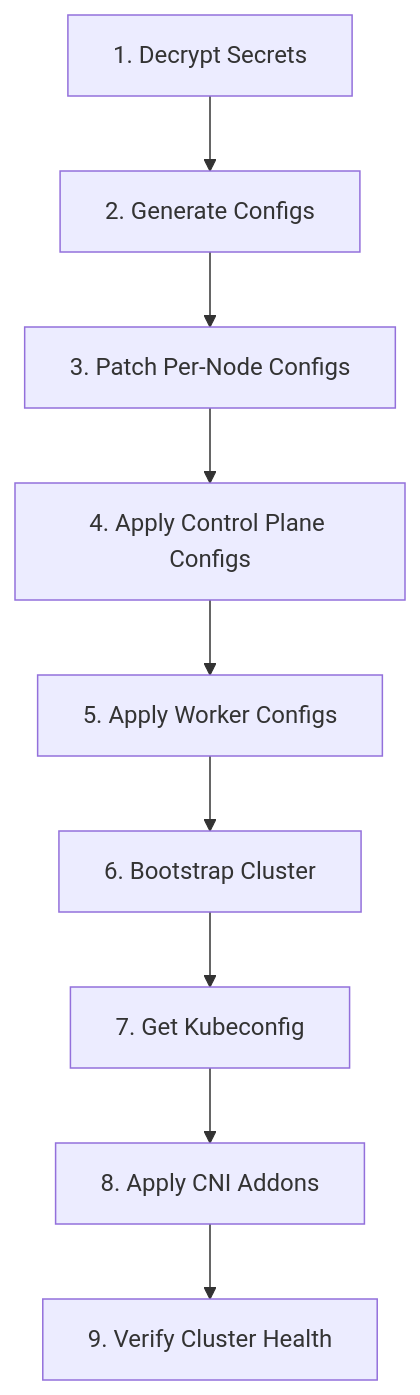
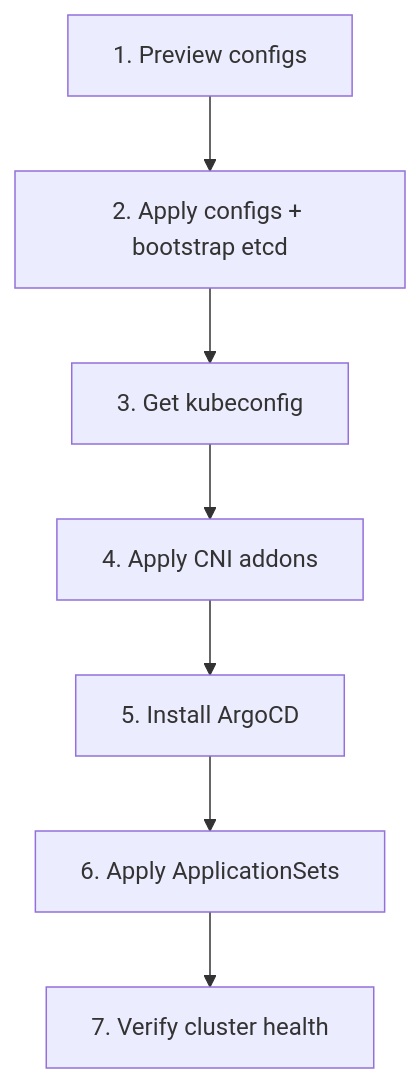
One commit to swibrow/home-ops changed the diagram in docs/infrastructure/cluster-bootstrap.md. Above: the diagram before and after it, drawn with Mermaid. The commit also changed other lines of this file and 105 other files, not shown here.

````diff
--- a/docs/infrastructure/cluster-bootstrap.md
+++ b/docs/infrastructure/cluster-bootstrap.md
@@ -29,11 +26,9 @@
 ```mermaid
 flowchart TD
-    A[1. Decrypt Secrets] --> B[2. Generate Configs]
-    B --> C[3. Patch Per-Node Configs]
-    C --> D[4. Apply Control Plane Configs]
-    D --> E[5. Apply Worker Configs]
-    E --> F[6. Bootstrap Cluster]
-    F --> G[7. Get Kubeconfig]
-    G --> H[8. Apply CNI Addons]
-    H --> I[9. Verify Cluster Health]
+    A[1. Preview configs] --> B[2. Apply configs + bootstrap etcd]
+    B --> C[3. Get kubeconfig]
+    C --> D[4. Apply CNI addons]
+    D --> E[5. Install ArgoCD]
+    E --> F[6. Apply ApplicationSets]
+    F --> G[7. Verify cluster health]
 ```
````
